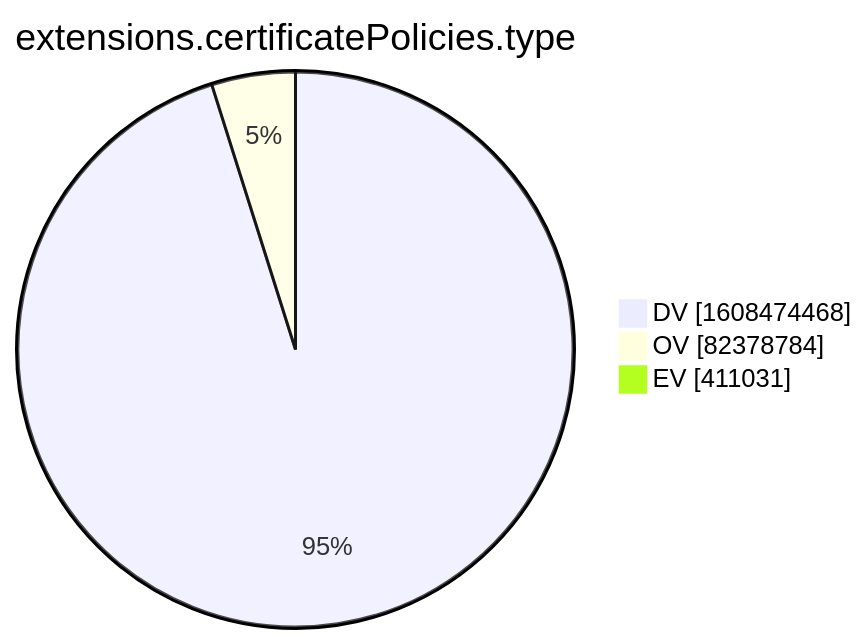
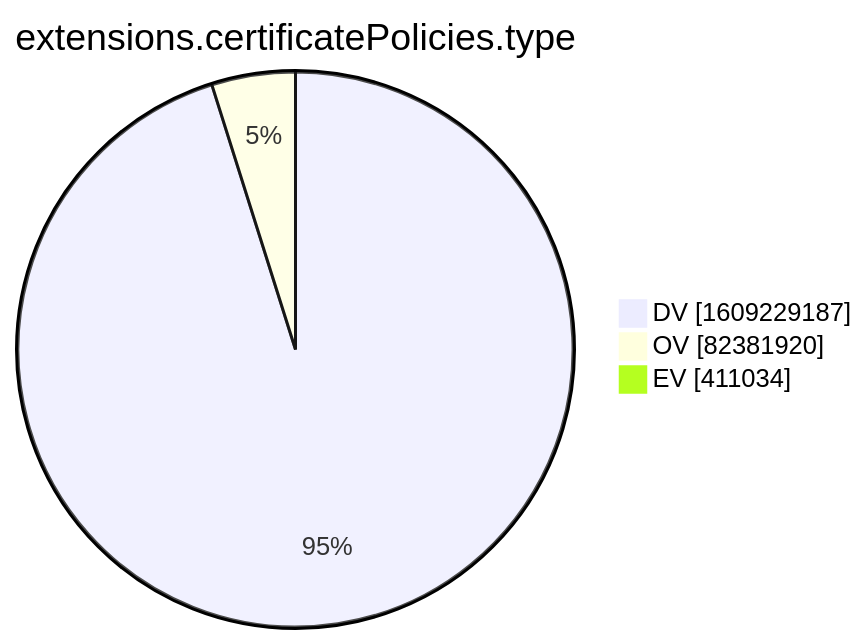
The tenth of 15 diagrams in xenon2022/README.md (christiankrug/ctmonitor_visualization), drawn with Mermaid before and after one commit. The commit also changed other lines of this file, not shown here.

````diff
--- a/xenon2022/README.md
+++ b/xenon2022/README.md
@@ -2878,7 +2878,7 @@
 ```mermaid
 pie showData
 title extensions.certificatePolicies.type
-"DV" :1608474468
-"OV" :82378784
-"EV" :411031
+"DV" :1609229187
+"OV" :82381920
+"EV" :411034
 ```
````
